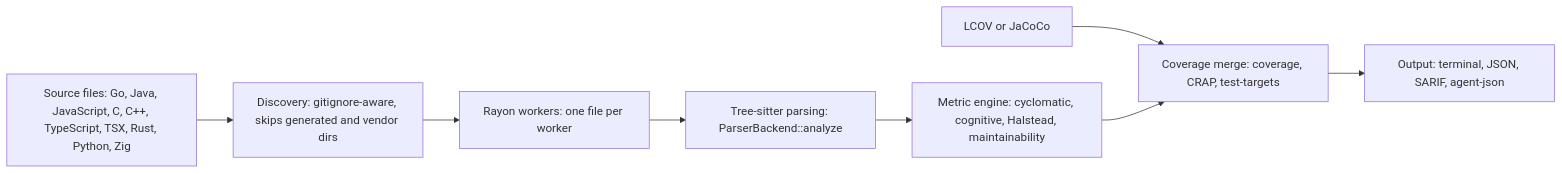
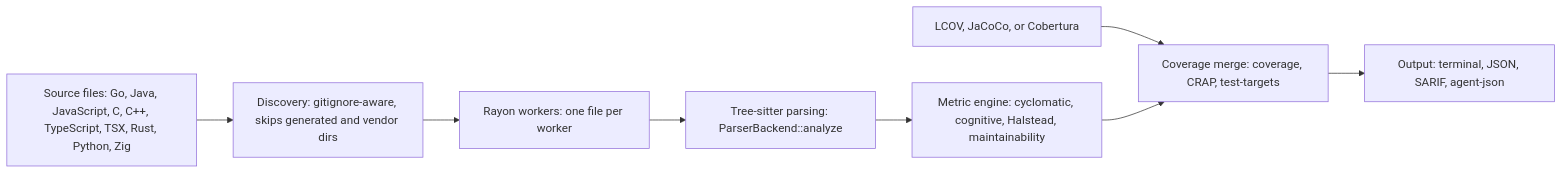
One commit to jbt95/leadline changed the first of 3 diagrams in README.md. Above: the diagram before and after it, drawn with Mermaid. The commit also changed other lines of this file and 38 other files, not shown here.

````diff
--- a/README.md
+++ b/README.md
@@ -35,10 +35,10 @@
 ```mermaid
 flowchart LR
     Sources["Source files: Go, Java, JavaScript, C, C++, TypeScript, TSX, Rust, Python, Zig"] --> Discovery["Discovery: gitignore-aware, skips generated and vendor dirs"]
     Discovery --> Workers["Rayon workers: one file per worker"]
     Workers --> Parser["Tree-sitter parsing: ParserBackend::analyze"]
     Parser --> Engine["Metric engine: cyclomatic, cognitive, Halstead, maintainability"]
-    Coverage["LCOV or JaCoCo"] --> Apply["Coverage merge: coverage, CRAP, test-targets"]
+    Coverage["LCOV, JaCoCo, or Cobertura"] --> Apply["Coverage merge: coverage, CRAP, test-targets"]
     Engine --> Apply
     Apply --> Output["Output: terminal, JSON, SARIF, agent-json"]
 ```
````
